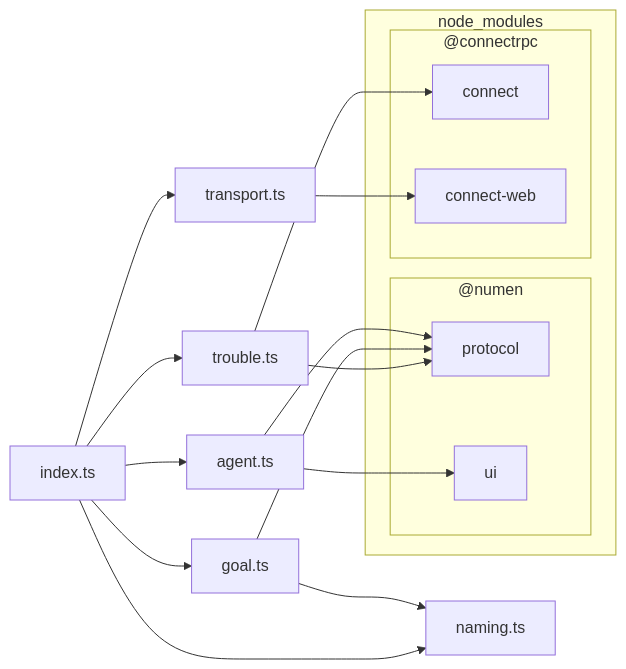
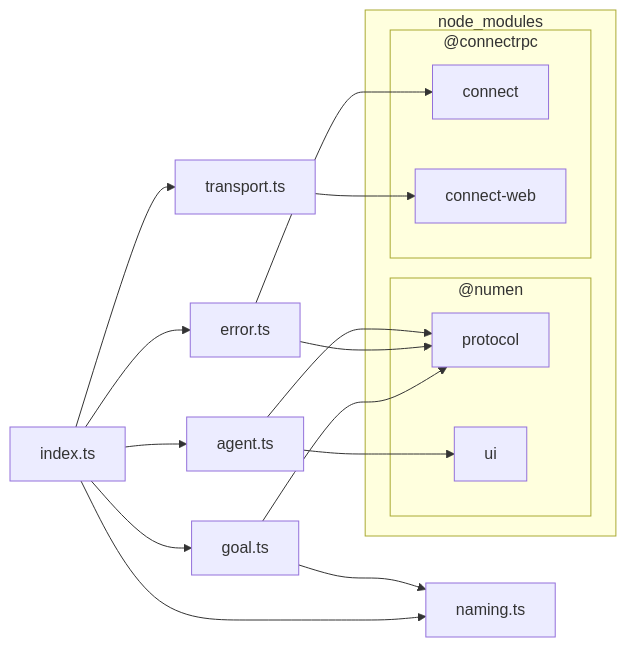
Before and after one commit to jiva-studio/numen: the second of 5 diagrams in docs/dependencies.md, drawn with Mermaid. The commit also changed other lines of this file, not shown here.

````diff
--- a/docs/dependencies.md
+++ b/docs/dependencies.md
@@ -135,32 +135,32 @@
 ```mermaid
 flowchart LR
 
 subgraph 2["node_modules"]
 subgraph 3["@connectrpc"]
 4["connect"]
 5["connect-web"]
 end
 subgraph 6["@numen"]
 7["protocol"]
 8["ui"]
 end
 end
 9["agent.ts"]
-A["goal.ts"]
-B["index.ts"]
-C["naming.ts"]
-D["transport.ts"]
-E["trouble.ts"]
+A["error.ts"]
+B["goal.ts"]
+C["index.ts"]
+D["naming.ts"]
+E["transport.ts"]
 9-->7
 9-->8
+A-->4
 A-->7
-A-->C
-B-->9
-B-->A
-B-->C
+B-->7
 B-->D
-B-->E
-D-->5
-E-->4
-E-->7
+C-->9
+C-->A
+C-->B
+C-->D
+C-->E
+E-->5
 ```
````
